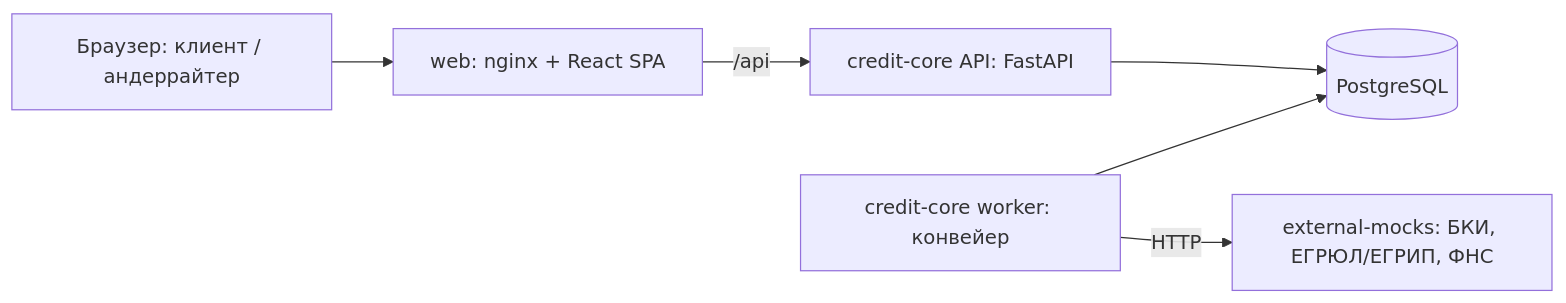
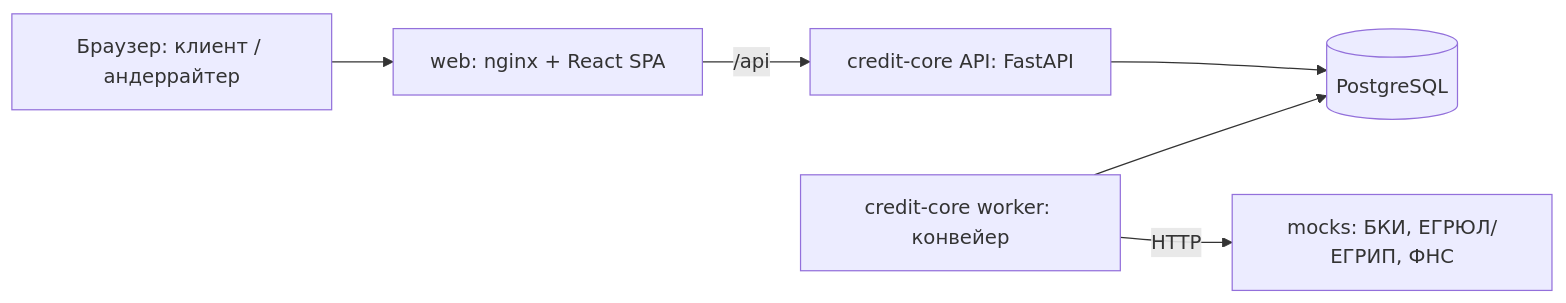
The diagram in docs/architecture.md (dimagb/harkachi_alpha26), drawn with Mermaid before and after one commit. The commit also changed other lines of this file, not shown here.

Commit message:
architecture: §1 — выбранный стек и почему (без рабочей развилки); mocks, HTTPS на сервере — честно

````diff
--- a/docs/architecture.md
+++ b/docs/architecture.md
@@ -25,8 +23,8 @@
 ```mermaid
 flowchart LR
   U[Браузер: клиент / андеррайтер] --> W[web: nginx + React SPA]
   W -->|/api| API[credit-core API: FastAPI]
   API --> DB[(PostgreSQL)]
   WK[credit-core worker: конвейер] --> DB
-  WK -->|HTTP| M[external-mocks: БКИ, ЕГРЮЛ/ЕГРИП, ФНС]
+  WK -->|HTTP| M[mocks: БКИ, ЕГРЮЛ/ЕГРИП, ФНС]
 ```
````
